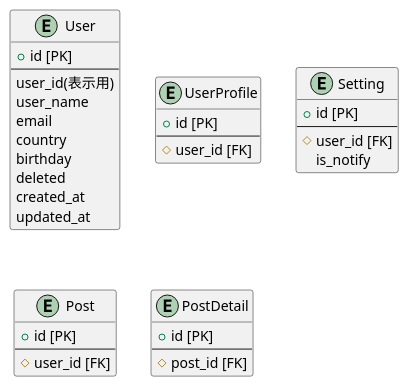
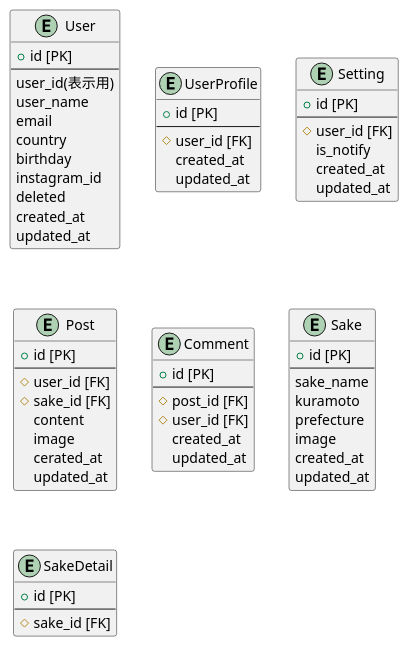
One commit to Gaku301/sake changed the diagram in er.puml. Above: the diagram before and after it, drawn with PlantUML.

Commit message:
create er

```diff
--- a/er.puml
+++ b/er.puml
@@ -1,43 +1,72 @@
 @startuml
 
 entity User {
     + id [PK]
     ---
     user_id(表示用)
     user_name
     email
     country
     birthday
+    instagram_id
     deleted
     created_at
     updated_at
 }
 
 entity UserProfile {
     + id [PK]
     ---
     # user_id [FK]
+    created_at
+    updated_at
 }
 
 entity Setting {
     + id [PK]
     ---
     # user_id [FK]
     is_notify
+    created_at
+    updated_at
 }
 
 entity Post {
     + id [PK]
     ---
     # user_id [FK]
+    # sake_id [FK]
+    content
+    image
+    cerated_at
+    updated_at
 }
 
-entity PostDetail {
+entity Comment {
     + id [PK]
     ---
     # post_id [FK]
+    # user_id [FK]
+    created_at
+    updated_at
+}
+
+entity Sake {
+    + id [PK]
+    ---
+    sake_name
+    kuramoto
+    prefecture
+    image
+    created_at
+    updated_at
+}
+
+entity SakeDetail {
+    + id [PK]
+    ---
+    # sake_id [FK]
 }
 
 
-
 @enduml
```
